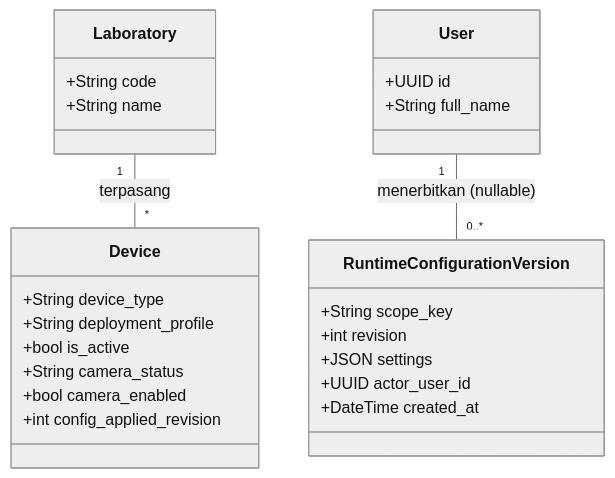
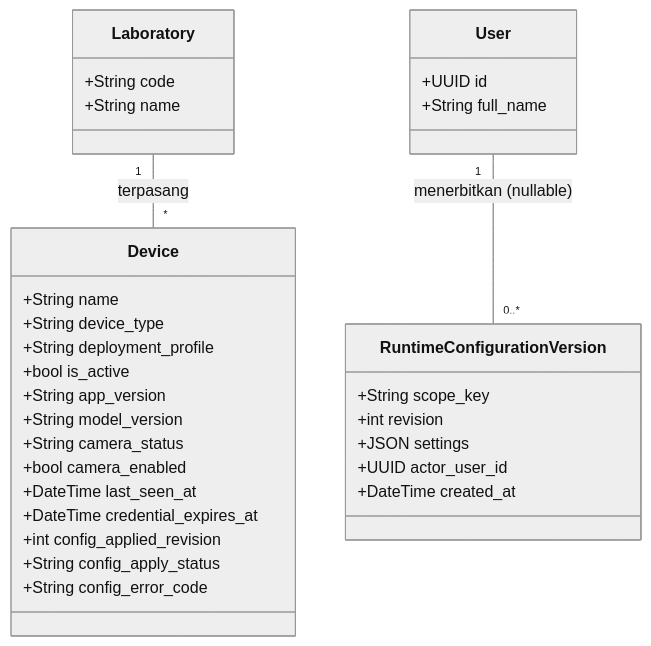
Before and after one commit to mygads/Face-Recognition-Capstone: the fifth of 6 diagrams in docs/proposal/07-data-dan-class.md, drawn with Mermaid (neutral theme). The commit also changed other lines of this file and 5 other files, not shown here.

````diff
--- a/docs/proposal/07-data-dan-class.md
+++ b/docs/proposal/07-data-dan-class.md
@@ -209,28 +218,35 @@
 ```mermaid
 classDiagram
   class Device {
+    +String name
     +String device_type
     +String deployment_profile
     +bool is_active
+    +String app_version
+    +String model_version
     +String camera_status
     +bool camera_enabled
+    +DateTime last_seen_at
+    +DateTime credential_expires_at
     +int config_applied_revision
+    +String config_apply_status
+    +String config_error_code
   }
   class RuntimeConfigurationVersion {
     +String scope_key
     +int revision
     +JSON settings
     +UUID actor_user_id
     +DateTime created_at
   }
   class Laboratory {
     +String code
     +String name
   }
   class User {
     +UUID id
     +String full_name
   }
   Laboratory "1" -- "*" Device : terpasang
   User "1" -- "0..*" RuntimeConfigurationVersion : menerbitkan (nullable)
 ```
````
